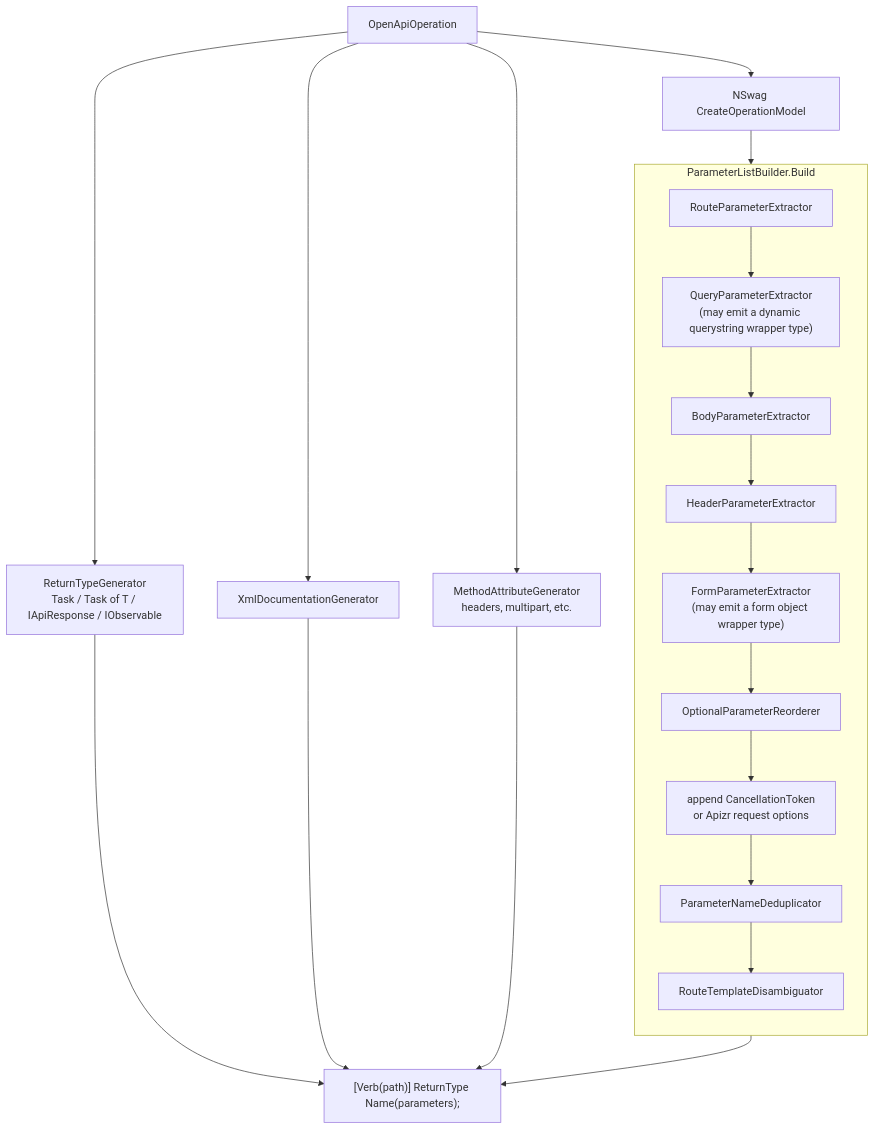
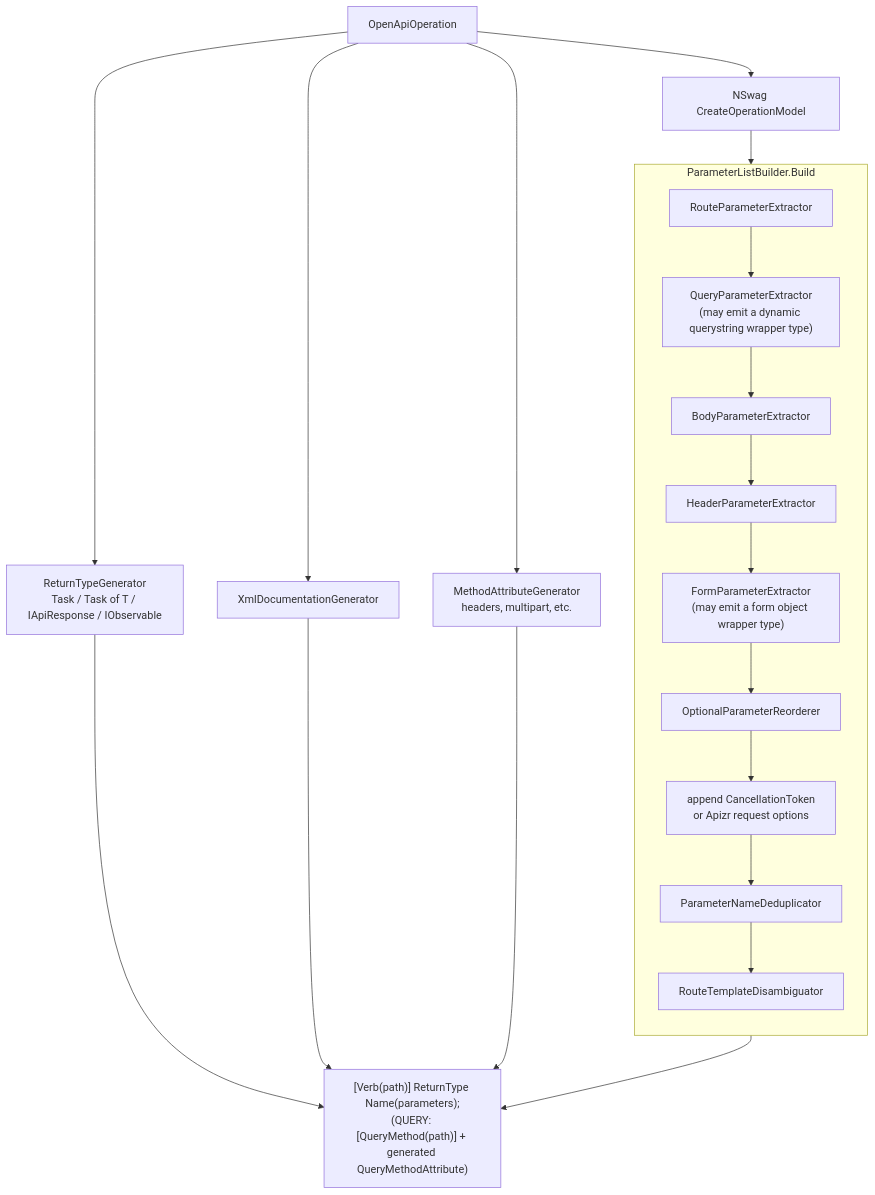
One commit to christianhelle/refitter changed the eighth of 10 diagrams in docs/docfx_project/articles/technical/core-pipeline.md. Above: the diagram before and after it, drawn with Mermaid. The commit also changed 1 other file, not shown here.

Commit message:
Document HTTP QUERY operations

````diff
--- a/docs/docfx_project/articles/technical/core-pipeline.md
+++ b/docs/docfx_project/articles/technical/core-pipeline.md
@@ -217,24 +217,24 @@
 ```mermaid
 flowchart TD
     OP["OpenApiOperation"] --> RT["ReturnTypeGenerator<br/>Task / Task of T / IApiResponse / IObservable"]
     OP --> OM["NSwag CreateOperationModel"]
     OM --> PLB
 
     subgraph PLB["ParameterListBuilder.Build"]
         direction TB
         X1["RouteParameterExtractor"] --> X2["QueryParameterExtractor<br/>(may emit a dynamic querystring wrapper type)"]
         X2 --> X3["BodyParameterExtractor"]
         X3 --> X4["HeaderParameterExtractor"]
         X4 --> X5["FormParameterExtractor<br/>(may emit a form object wrapper type)"]
         X5 --> X6["OptionalParameterReorderer"]
         X6 --> X7["append CancellationToken<br/>or Apizr request options"]
         X7 --> X8["ParameterNameDeduplicator"]
         X8 --> X9["RouteTemplateDisambiguator"]
     end
 
     RT --> EMIT
     PLB --> EMIT
     OP --> DOCS["XmlDocumentationGenerator"] --> EMIT
     OP --> ATTR["MethodAttributeGenerator<br/>headers, multipart, etc."] --> EMIT
-    EMIT["[Verb(path)] ReturnType Name(parameters);"]
+    EMIT["[Verb(path)] ReturnType Name(parameters);<br/>(QUERY: [QueryMethod(path)] + generated QueryMethodAttribute)"]
 ```
````
